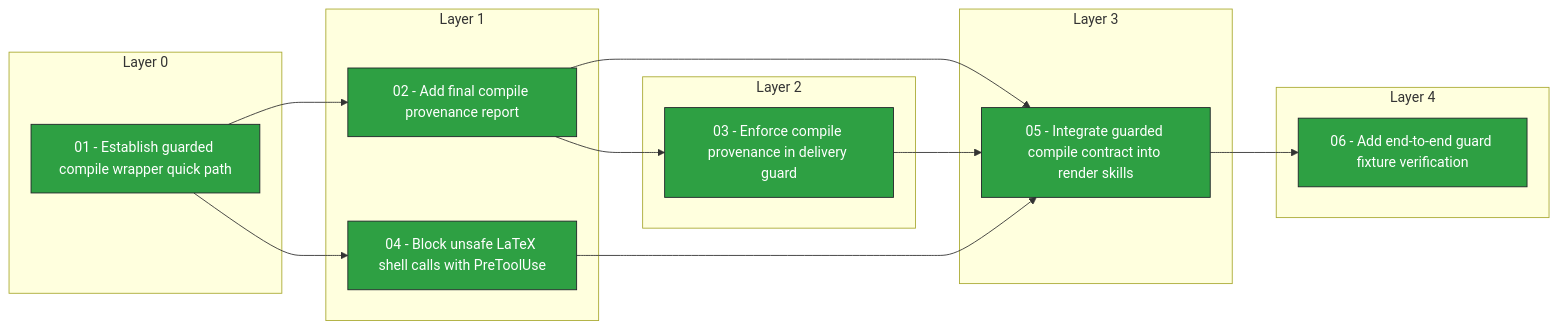
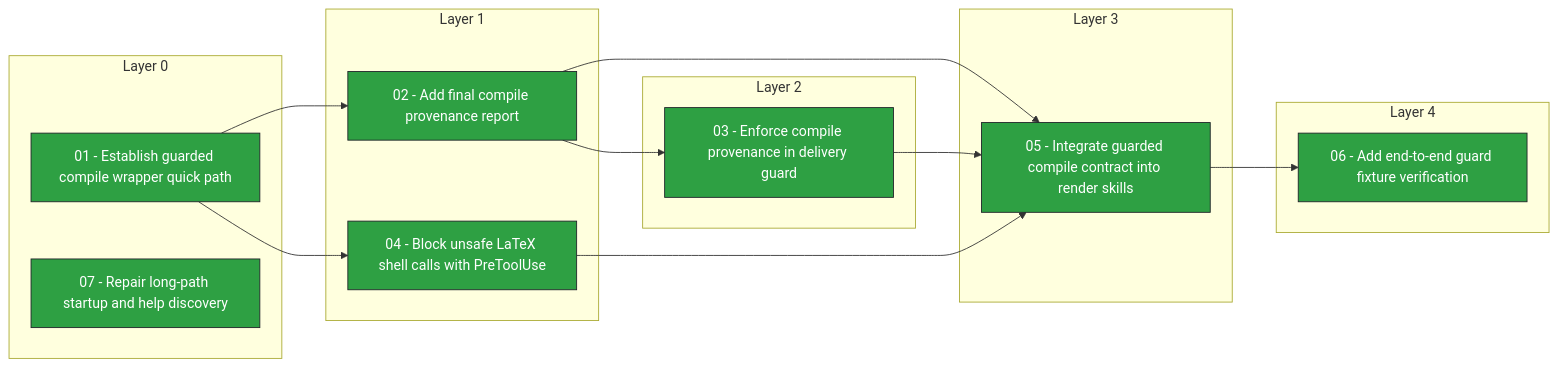
The diagram in docs/issues/_views/latex-compile-guard-dependencies.md (Nishijujuba/video2pdf), drawn with Mermaid before and after one commit. The commit also changed other lines of this file and 379 other files, not shown here.

````diff
--- a/docs/issues/_views/latex-compile-guard-dependencies.md
+++ b/docs/issues/_views/latex-compile-guard-dependencies.md
@@ -24,41 +24,43 @@
 ```mermaid
 flowchart LR
   subgraph layer_0["Layer 0"]
     n_01_establish_guarded_compile_wrapper_quick_path["01 - Establish guarded compile wrapper quick path"]
+    n_07_repair_long_path_startup_and_help_discovery["07 - Repair long-path startup and help discovery"]
   end
   subgraph layer_1["Layer 1"]
     n_02_add_final_compile_provenance_report["02 - Add final compile provenance report"]
     n_04_block_unsafe_latex_shell_calls_with_pretooluse["04 - Block unsafe LaTeX shell calls with PreToolUse"]
   end
   subgraph layer_2["Layer 2"]
     n_03_enforce_compile_provenance_in_delivery_guard["03 - Enforce compile provenance in delivery guard"]
   end
   subgraph layer_3["Layer 3"]
     n_05_integrate_guarded_compile_contract_into_render_skills["05 - Integrate guarded compile contract into render skills"]
   end
   subgraph layer_4["Layer 4"]
     n_06_add_end_to_end_guard_fixture_verification["06 - Add end-to-end guard fixture verification"]
   end
   n_01_establish_guarded_compile_wrapper_quick_path --> n_02_add_final_compile_provenance_report
   n_02_add_final_compile_provenance_report --> n_03_enforce_compile_provenance_in_delivery_guard
   n_01_establish_guarded_compile_wrapper_quick_path --> n_04_block_unsafe_latex_shell_calls_with_pretooluse
   n_02_add_final_compile_provenance_report --> n_05_integrate_guarded_compile_contract_into_render_skills
   n_03_enforce_compile_provenance_in_delivery_guard --> n_05_integrate_guarded_compile_contract_into_render_skills
   n_04_block_unsafe_latex_shell_calls_with_pretooluse --> n_05_integrate_guarded_compile_contract_into_render_skills
   n_05_integrate_guarded_compile_contract_into_render_skills --> n_06_add_end_to_end_guard_fixture_verification
   class n_01_establish_guarded_compile_wrapper_quick_path done
   class n_02_add_final_compile_provenance_report done
   class n_03_enforce_compile_provenance_in_delivery_guard done
   class n_04_block_unsafe_latex_shell_calls_with_pretooluse done
   class n_05_integrate_guarded_compile_contract_into_render_skills done
   class n_06_add_end_to_end_guard_fixture_verification done
+  class n_07_repair_long_path_startup_and_help_discovery done
   classDef done fill:#2ea043,stroke:#1f2328,color:#ffffff
   classDef ready_for_agent fill:#0969da,stroke:#1f2328,color:#ffffff
   classDef ready_for_human fill:#8250df,stroke:#1f2328,color:#ffffff
   classDef in_progress fill:#d4a72c,stroke:#1f2328,color:#ffffff
   classDef blocked fill:#cf222e,stroke:#1f2328,color:#ffffff
   classDef in_review fill:#bc4c00,stroke:#1f2328,color:#ffffff
   classDef needs_info fill:#8c959f,stroke:#1f2328,color:#ffffff
   classDef needs_triage fill:#d0d7de,stroke:#1f2328,color:#ffffff
   classDef wontfix fill:#57606a,stroke:#1f2328,color:#ffffff
 ```
````
